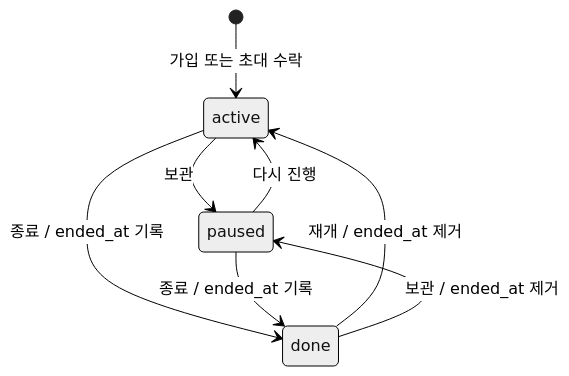
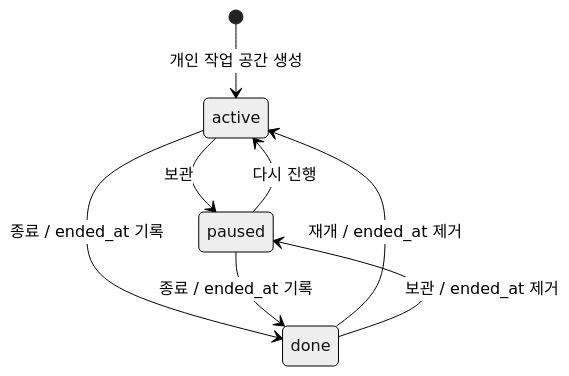
Before and after one commit to KnittingLog/back: the first of 2 diagrams in docs/requirements.md, drawn with Mermaid (neutral theme). The commit also changed other lines of this file, not shown here.

````diff
--- a/docs/requirements.md
+++ b/docs/requirements.md
@@ -98,10 +142,10 @@
 ```mermaid
 stateDiagram-v2
-  [*] --> active: 가입 또는 초대 수락
+  [*] --> active: 개인 작업 공간 생성
   active --> paused: 보관
   paused --> active: 다시 진행
   active --> done: 종료 / ended_at 기록
   paused --> done: 종료 / ended_at 기록
   done --> active: 재개 / ended_at 제거
   done --> paused: 보관 / ended_at 제거
 ```
````
